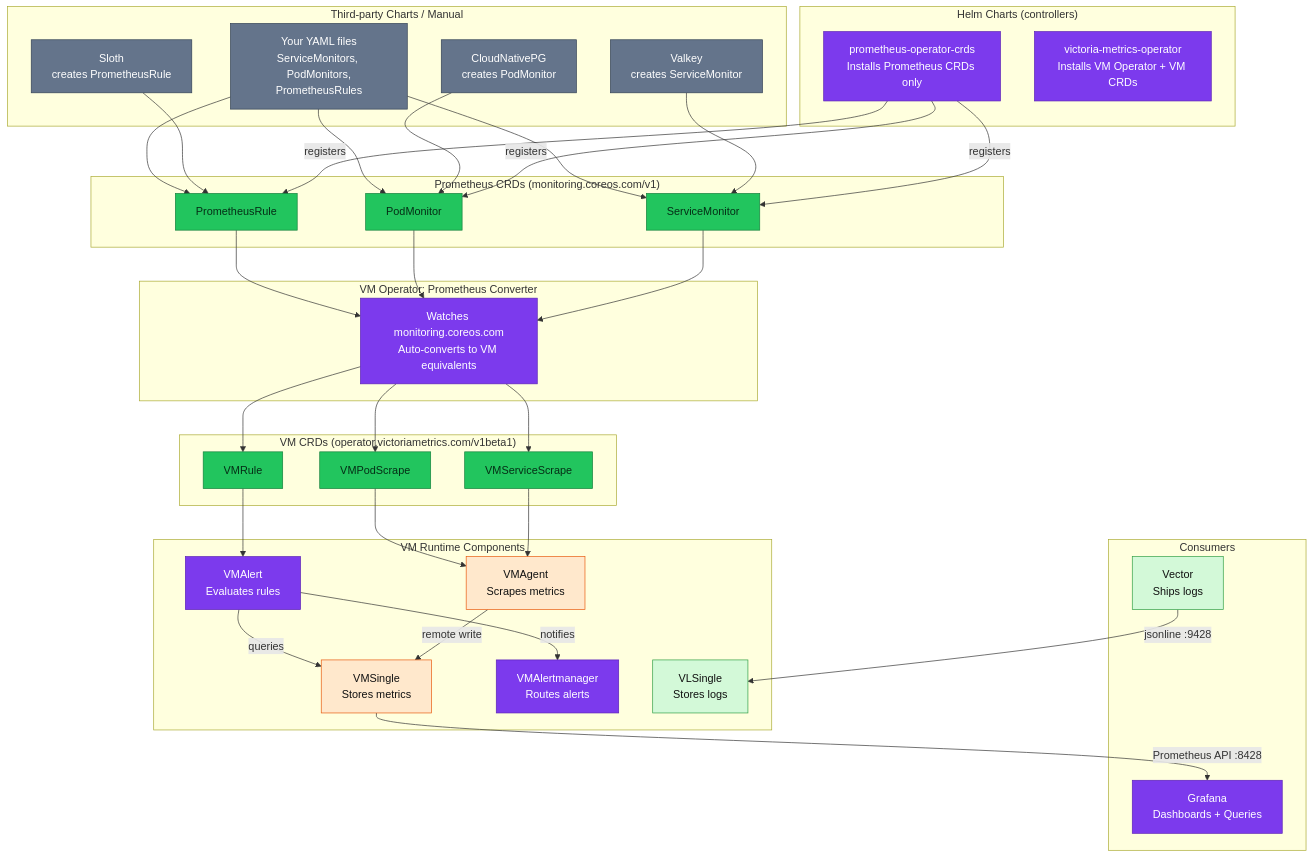
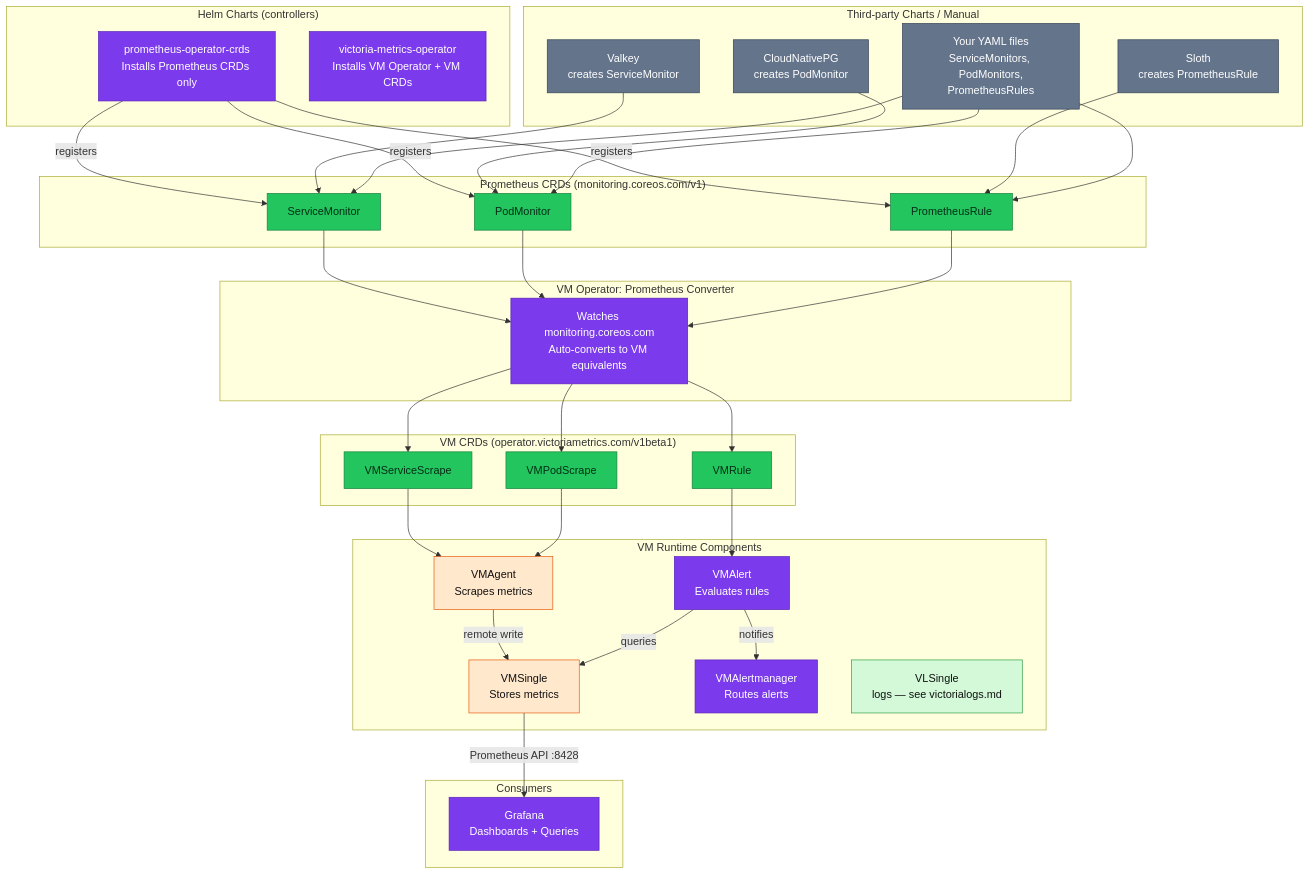
The first of 6 diagrams in docs/observability/metrics/victoriametrics.md (duynhlab/homelab), drawn with Mermaid before and after one commit. The commit also changed other lines of this file and 7 other files, not shown here.

````diff
--- a/docs/observability/metrics/victoriametrics.md
+++ b/docs/observability/metrics/victoriametrics.md
@@ -39,12 +62,11 @@
         VMSingle["VMSingle<br/>Stores metrics"]
         VMAlert["VMAlert<br/>Evaluates rules"]
         VMAMgr["VMAlertmanager<br/>Routes alerts"]
-        VLSingle["VLSingle<br/>Stores logs"]
+        VLSingle["VLSingle<br/>logs — see victorialogs.md"]
     end
 
     subgraph consumers ["Consumers"]
         Grafana["Grafana<br/>Dashboards + Queries"]
-        Vector["Vector<br/>Ships logs"]
     end
 
     PromCRDs -->|registers| SM
@@ -74,7 +96,6 @@
     VMAlert -->|notifies| VMAMgr
 
     VMSingle -->|"Prometheus API :8428"| Grafana
-    Vector -->|"jsonline :9428"| VLSingle
 
     classDef service fill:#06b6d4,color:#082f49,stroke:#0e7490;
     classDef edge fill:#2563eb,color:#fff,stroke:#1e3a8a;
@@ -90,5 +111,5 @@
     class Valkey,Sloth,CNPG,Manual external;
     class VMAgent,VMSingle metric;
     class VMAlert,VMAMgr platform;
-    class Vector,VLSingle log;
+    class VLSingle log;
 ```
````
